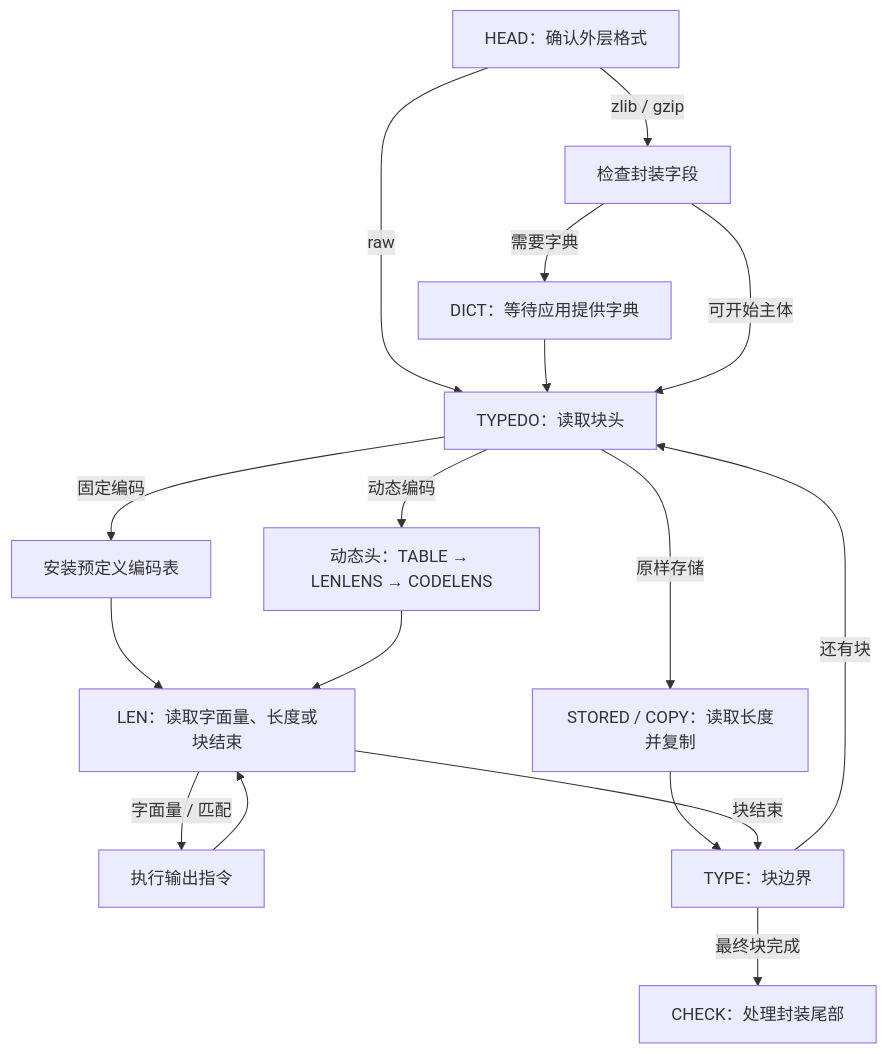
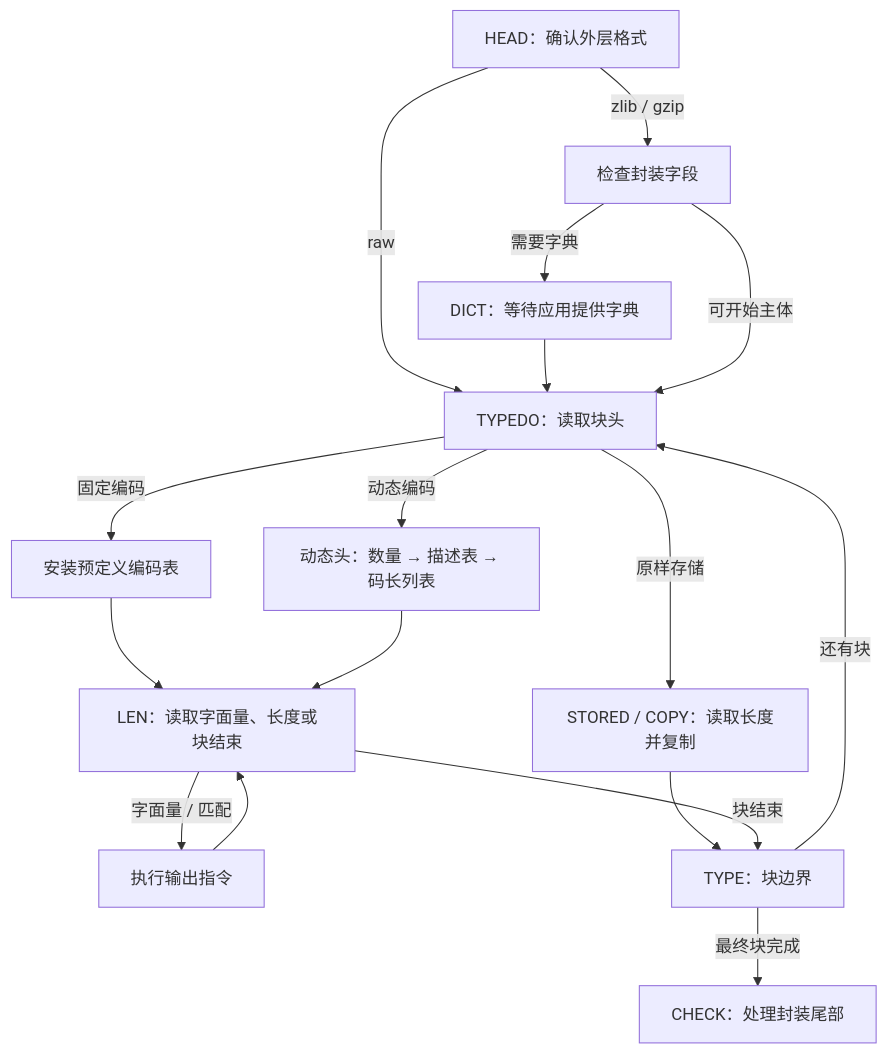
The first of 3 diagrams in site/content/book/inflate-tables.zh.md (cla7aye15I4nd/zlib-f), drawn with Mermaid before and after one commit. The commit also changed other lines of this file and 40 other files, not shown here.

````diff
--- a/site/content/book/inflate-tables.zh.md
+++ b/site/content/book/inflate-tables.zh.md
@@ -57,19 +65,19 @@
 ```mermaid
 flowchart TD
     A["HEAD：确认外层格式"] -->|raw| T["TYPEDO：读取块头"]
     A -->|zlib / gzip| H["检查封装字段"]
     H -->|需要字典| D["DICT：等待应用提供字典"]
     D --> T
     H -->|可开始主体| T
     T -->|原样存储| S["STORED / COPY：读取长度并复制"]
     T -->|固定编码| F["安装预定义编码表"]
-    T -->|动态编码| B["动态头：TABLE → LENLENS → CODELENS"]
+    T -->|动态编码| B["动态头：数量 → 描述表 → 码长列表"]
     F --> L["LEN：读取字面量、长度或块结束"]
     B --> L
     L -->|字面量 / 匹配| E["执行输出指令"]
     E --> L
     S --> R["TYPE：块边界"]
     L -->|块结束| R
     R -->|还有块| T
     R -->|最终块完成| C["CHECK：处理封装尾部"]
 ```
````
